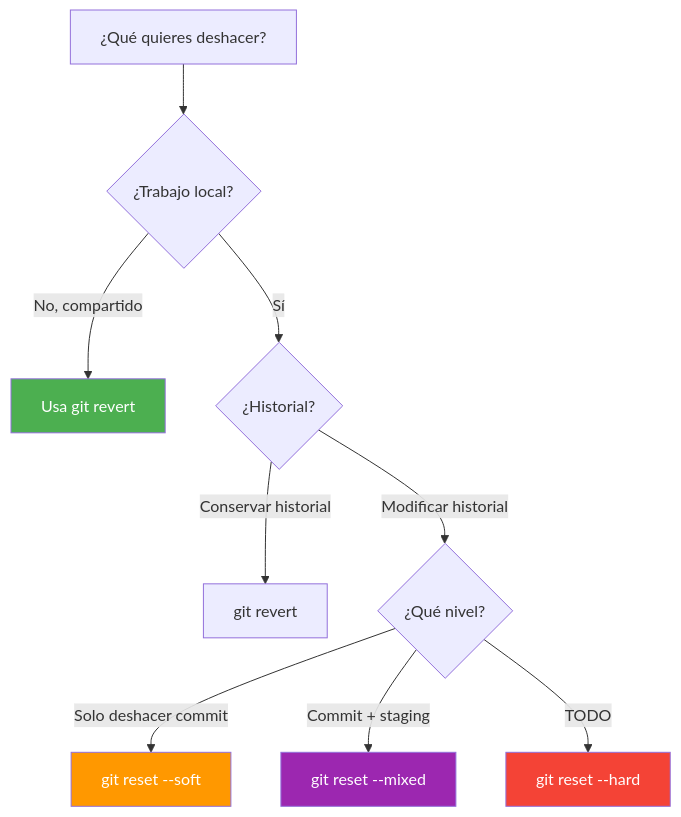
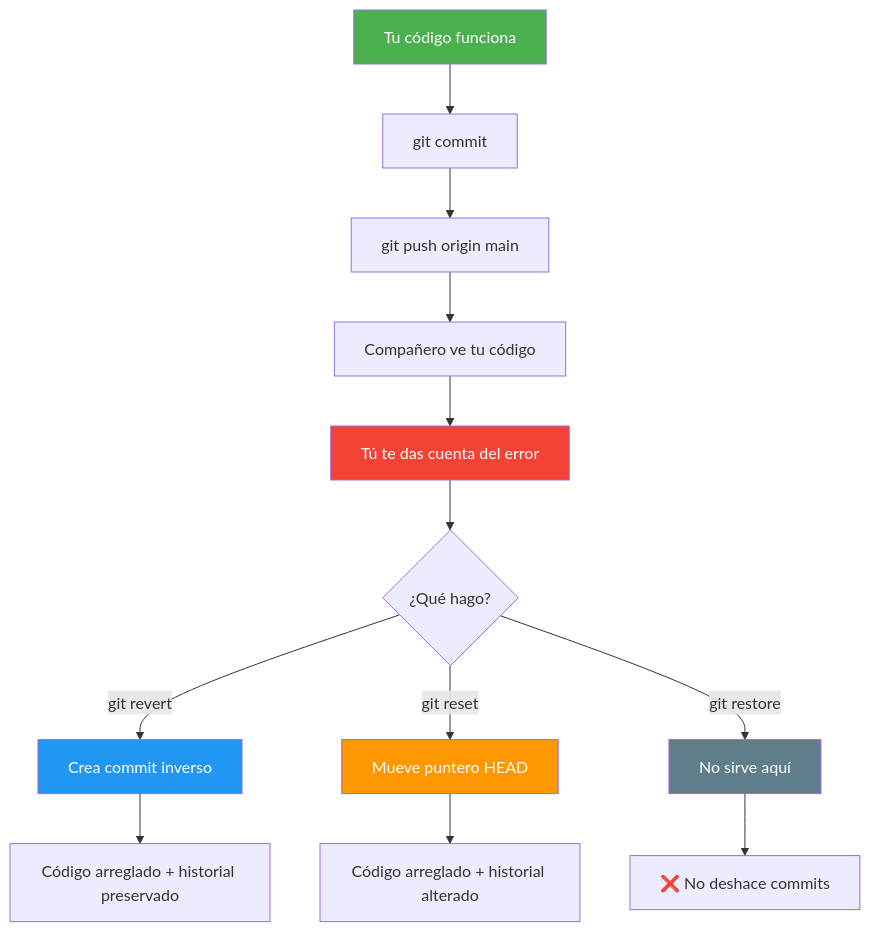
The seventh of 14 diagrams in 01-git-inicial.md (joseluisgs/EntornosDesarrollo-03-2026-2027), drawn with Mermaid before and after one commit. The commit also changed other lines of this file and 3 other files, not shown here.

First line of the commit message:
[docs] UD03: Correcciones y expansión git reset/revert/restore

````diff
--- a/01-git-inicial.md
+++ b/01-git-inicial.md
@@ -486,16 +546,22 @@
 ```mermaid
 graph TD
-    A[¿Qué quieres deshacer?] --> B{¿Trabajo local?}
-    B -->|No, compartido| C[Usa git revert]
-    B -->|Sí| D{¿Historial?}
-    D -->|Conservar historial| E[git revert]
-    D -->|Modificar historial| F{¿Qué nivel?}
-    F -->|Solo deshacer commit| G[git reset --soft]
-    F -->|Commit + staging| H[git reset --mixed]
-    F -->|TODO| I[git reset --hard]
-    
-    style C fill:#4CAF50,color:#fff
-    style G fill:#FF9800,color:#fff
-    style H fill:#9C27B0,color:#fff
-    style I fill:#f44336,color:#fff
+    A[Tu código funciona] --> B[git commit]
+    B --> C[git push origin main]
+    C --> D[Compañero ve tu código]
+    D --> E[Tú te das cuenta del error]
+    E --> F{¿Qué hago?}
+
+    F -->|git revert| G[Crea commit inverso]
+    F -->|git reset| H[Mueve puntero HEAD]
+    F -->|git restore| I[No sirve aquí]
+
+    G --> J[Código arreglado + historial preservado]
+    H --> K[Código arreglado + historial alterado]
+    I --> L[❌ No deshace commits]
+
+    style A fill:#4CAF50,color:#fff
+    style E fill:#f44336,color:#fff
+    style G fill:#2196F3,color:#fff
+    style H fill:#FF9800,color:#fff
+    style I fill:#607D8B,color:#fff
 ```
````
